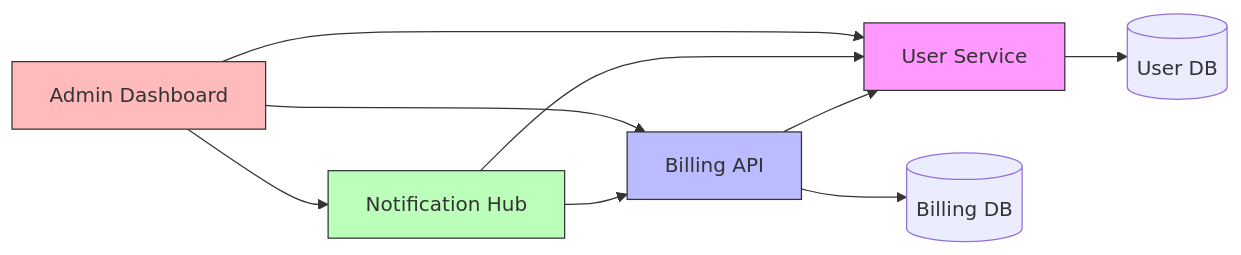
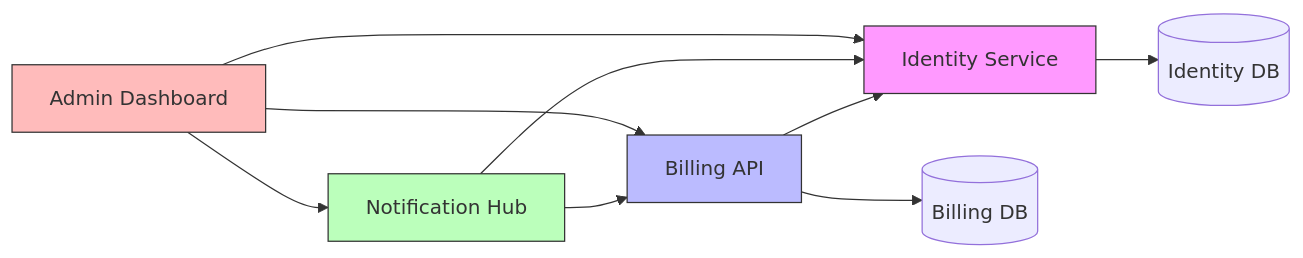
Before and after one commit to jschulte/stackshift: the diagram in skills/reimagine/SKILL.md, drawn with Mermaid. The commit also changed 33 other files, not shown here.

````diff
--- a/skills/reimagine/SKILL.md
+++ b/skills/reimagine/SKILL.md
@@ -219,16 +219,16 @@
 ```mermaid
 graph LR
-    US[User Service] --> DB1[(User DB)]
+    US[Identity Service] --> DB1[(Identity DB)]
     BA[Billing API] --> DB2[(Billing DB)]
     BA --> US
     NH[Notification Hub] --> US
     NH --> BA
     AD[Admin Dashboard] --> US
     AD --> BA
     AD --> NH
 
     style US fill:#f9f,stroke:#333
     style BA fill:#bbf,stroke:#333
     style NH fill:#bfb,stroke:#333
     style AD fill:#fbb,stroke:#333
 ```
````
